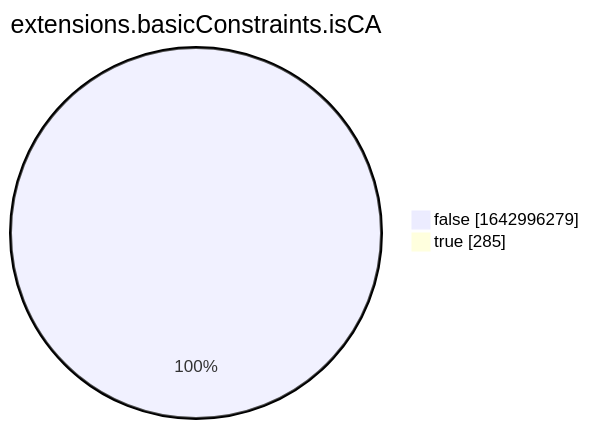
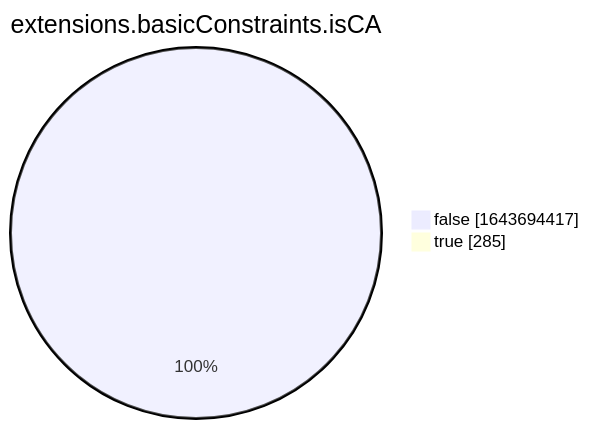
The eighth of 15 diagrams in xenon2022/README.md (christiankrug/ctmonitor_visualization), drawn with Mermaid before and after one commit. The commit also changed other lines of this file, not shown here.

````diff
--- a/xenon2022/README.md
+++ b/xenon2022/README.md
@@ -2863,6 +2863,6 @@
 ```mermaid
 pie showData
 title extensions.basicConstraints.isCA
-"false" :1642996279
+"false" :1643694417
 "true" :285
 ```
````
